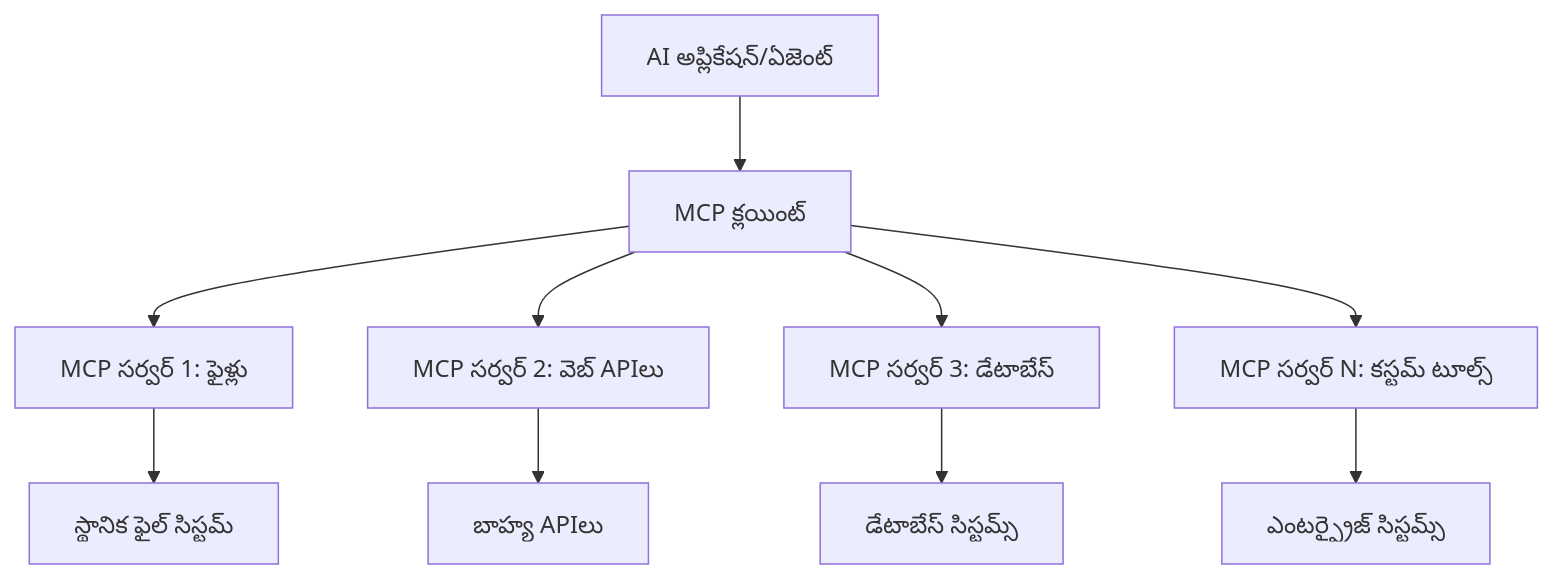
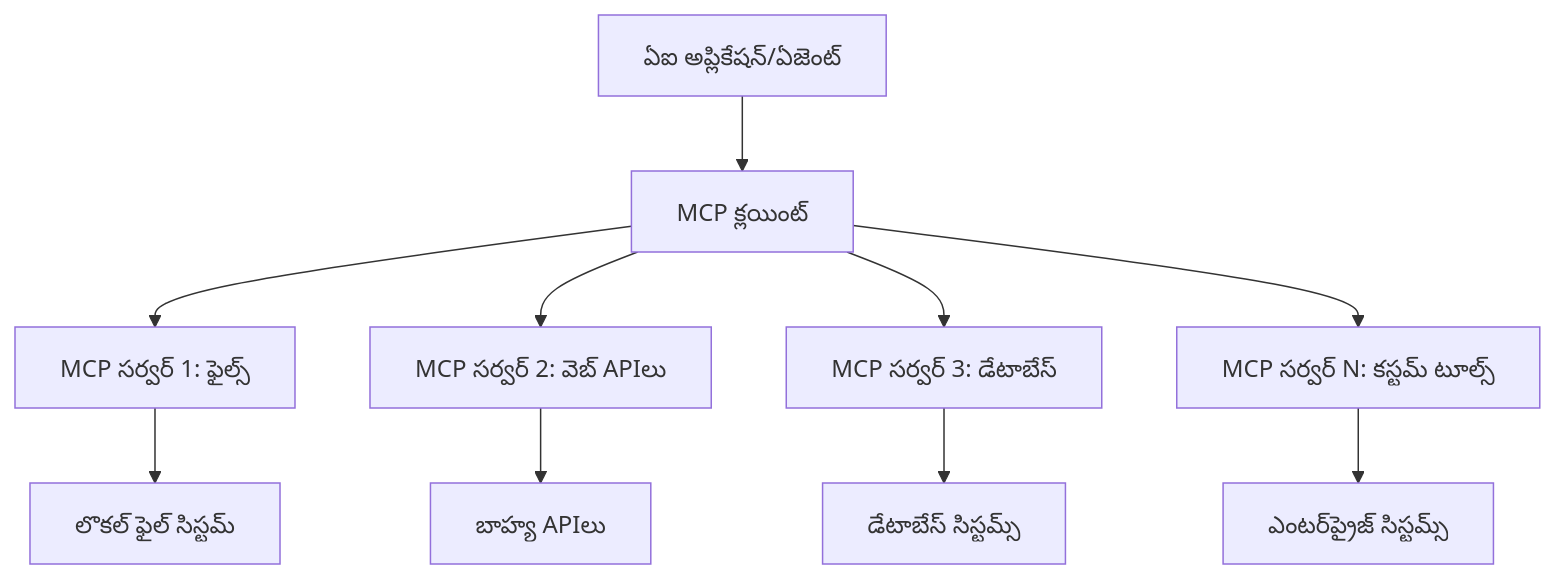
One commit to HIDORAKAI002/ai-workspace-archive changed the diagram in mcp_ecosystem__model_context_protocol/mcp_learning_resources/mcp-for-beginners/translations/te/10-StreamliningAIWorkflowsBuildingAnMCPServerWithAIToolkit/lab2/README.md. Above: the diagram before and after it, drawn with Mermaid. The commit also changed other lines of this file and 1539 other files, not shown here.

````diff
--- a/mcp_ecosystem__model_context_protocol/mcp_learning_resources/mcp-for-beginners/translations/te/10-StreamliningAIWorkflowsBuildingAnMCPServerWithAIToolkit/lab2/README.md
+++ b/mcp_ecosystem__model_context_protocol/mcp_learning_resources/mcp-for-beginners/translations/te/10-StreamliningAIWorkflowsBuildingAnMCPServerWithAIToolkit/lab2/README.md
@@ -51,13 +51,13 @@
 ```mermaid
 graph TB
-    A[AI అప్లికేషన్/ఏజెంట్] --> B[MCP క్లయింట్]
-    B --> C[MCP సర్వర్ 1: ఫైళ్లు]
+    A[ఏఐ అప్లికేషన్/ఏజెంట్] --> B[MCP క్లయింట్]
+    B --> C[MCP సర్వర్ 1: ఫైల్స్]
     B --> D[MCP సర్వర్ 2: వెబ్ APIలు]
     B --> E[MCP సర్వర్ 3: డేటాబేస్]
     B --> F[MCP సర్వర్ N: కస్టమ్ టూల్స్]
     
-    C --> G[స్థానిక ఫైల్ సిస్టమ్]
+    C --> G[లొకల్ ఫైల్ సిస్టమ్]
     D --> H[బాహ్య APIలు]
     E --> I[డేటాబేస్ సిస్టమ్స్]
-    F --> J[ఎంటర్ప్రైజ్ సిస్టమ్స్]
+    F --> J[ఎంటర్‌ప్రైజ్ సిస్టమ్స్]
 ```
````
